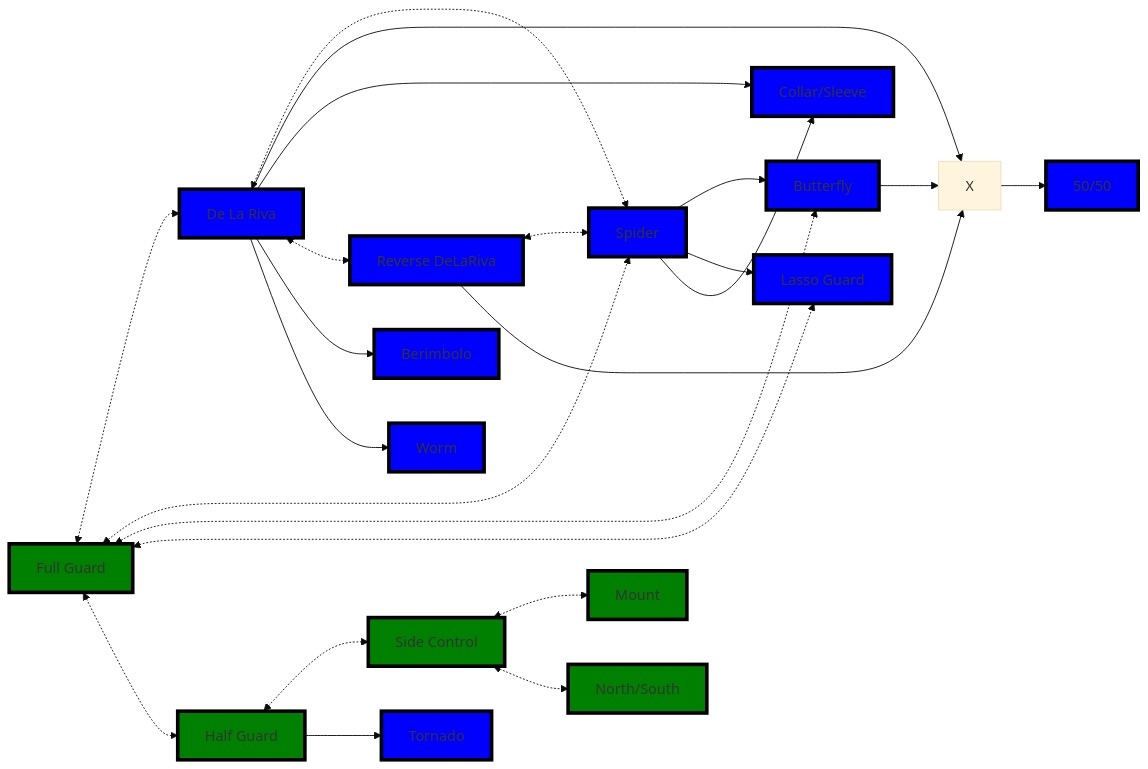
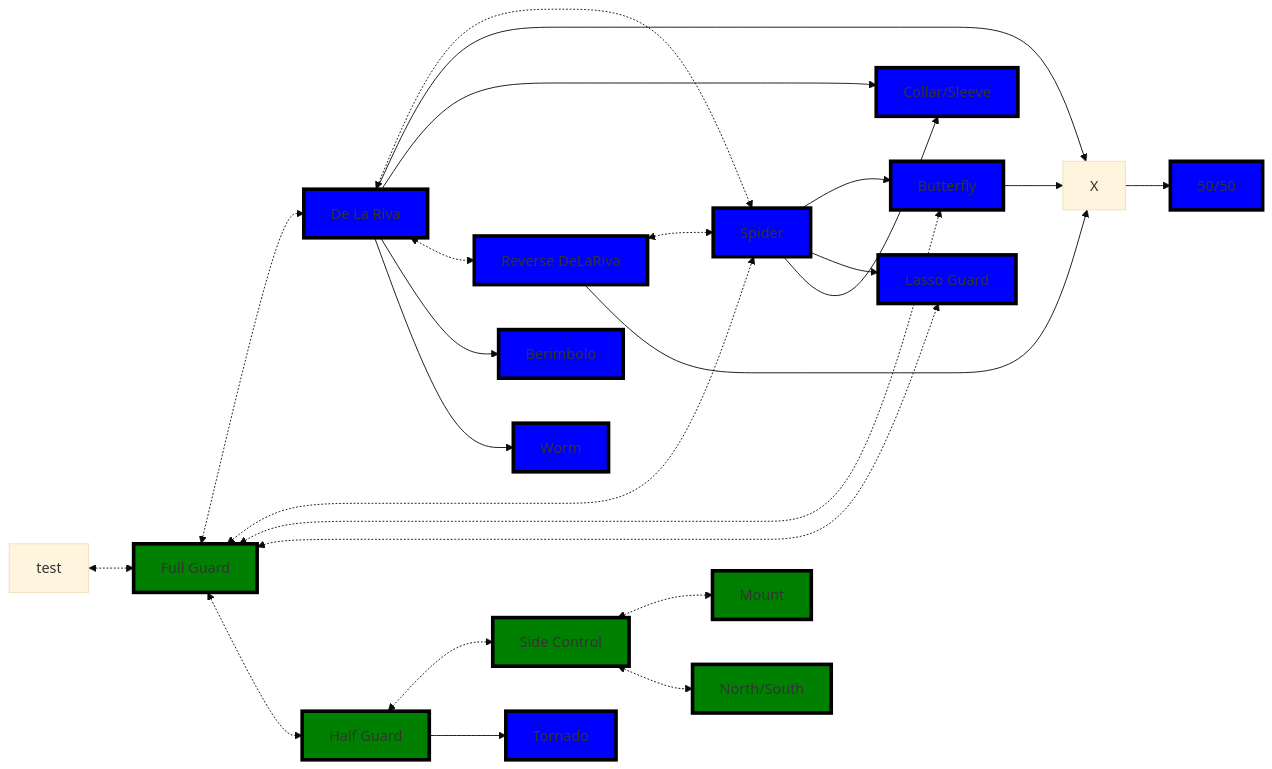
The diagram in _BJJ/Guards Directory.md (jacgit18/DevHiveMind), drawn with Mermaid (base theme) before and after one commit.

Commit message:
M "_BJJ/Guards Directory.md"

````diff
--- a/_BJJ/Guards Directory.md
+++ b/_BJJ/Guards Directory.md
@@ -18,73 +18,76 @@
 ``` mermaid
 flowchart LR
     A[Full Guard] 
     B[De La Riva] 
     C[Spider]
     D[Butterfly]
     E[Lasso Guard]
     F[X]
 	G[Collar/Sleeve]
 	H[Half Guard] 
 	I[Side Control] 
 	J[Mount] 
 	K[North/South] 
 	L[Reverse DeLaRiva] 
 	M[Berimbolo]
 	N[50/50]
 	O[Worm]
 	P[Tornado]
-	
+
+	1[test]
+
     A <-.-> B
     A <-.-> C
     A <-.-> D
     A <-.-> E
     A <-.-> H
     B <-.-> C
     B --> F
     B --> G
     B <-.-> L
     B --> M
     B --> O
     C --> D
     C --> E
     C --> G
 	D --> F
 	F --> N
 	H <-.-> I
 	H --> P
 	I <-.-> J
 	L <-.-> C
 	L --> F
 	I <-.-> K
 
+    1 <-.-> A
 
 style A fill:green,stroke:black,stroke-width:4px,shadow:shadow
 
 style B fill:blue,stroke:black,stroke-width:4px,shadow:shadow
 
 style C fill:blue,stroke:black,stroke-width:4px,shadow:shadow
 
 style D fill:blue,stroke:black,stroke-width:4px,shadow:shadow
 
 style E fill:blue,stroke:black,stroke-width:4px,shadow:shadow
 
 style G fill:blue,stroke:black,stroke-width:4px,shadow:shadow
 
 style H fill:green,stroke:black,stroke-width:4px,shadow:shadow
 
 style I fill:green,stroke:black,stroke-width:4px,shadow:shadow
 
 style J fill:green,stroke:black,stroke-width:4px,shadow:shadow
 
 style K fill:green,stroke:black,stroke-width:4px,shadow:shadow
 
 style L fill:blue,stroke:black,stroke-width:4px,shadow:shadow
 
 style M fill:blue,stroke:black,stroke-width:4px,shadow:shadow
 
 style N fill:blue,stroke:black,stroke-width:4px,shadow:shadow
 
 style O fill:blue,stroke:black,stroke-width:4px,shadow:shadow
 
 style P fill:blue,stroke:black,stroke-width:4px,shadow:shadow
 ```
````
